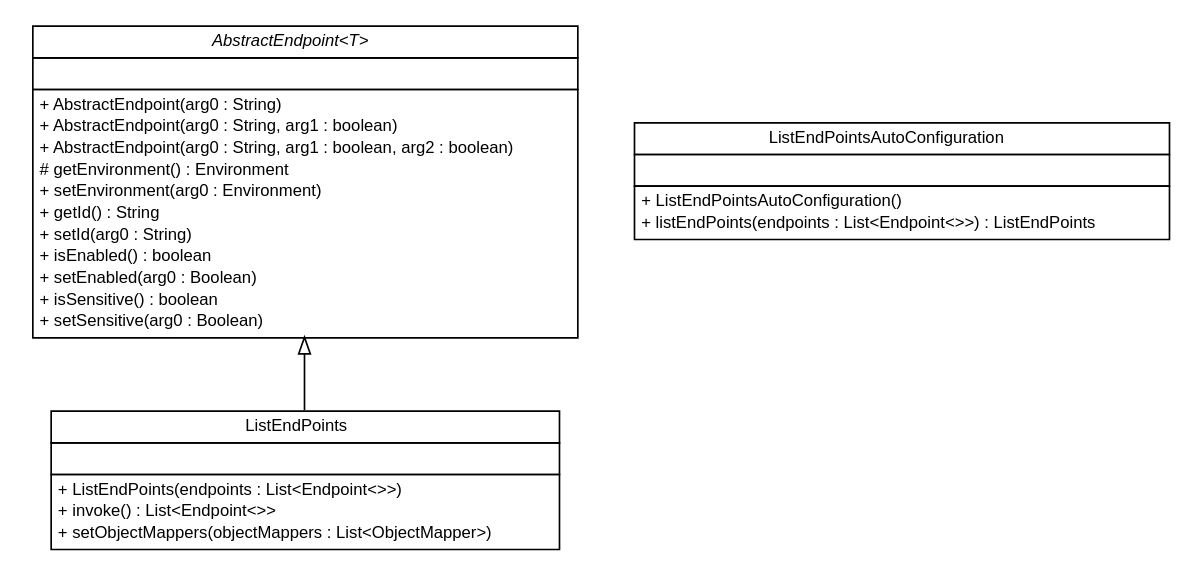
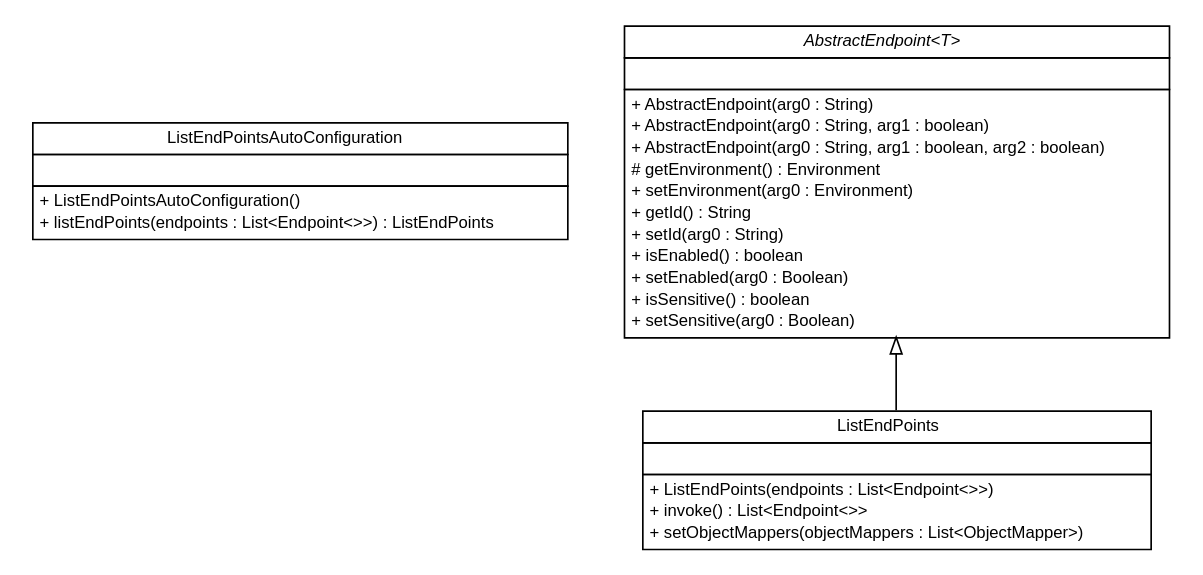
The diagram in release/build-docker/spring-cloud-service-discovery/spring-cloud-multi-registration/apidocs/org/springframework/boot/actuate/endpoint/org.springframework.boot.actuate.endpoint.dot (cloud-ready/cloud-ready), drawn with Graphviz before and after one commit. The commit also changed 85 other files, not shown here.

```diff
--- a/release/build-docker/spring-cloud-service-discovery/spring-cloud-multi-registration/apidocs/org/springframework/boot/actuate/endpoint/org.springframework.boot.actuate.endpoint.dot
+++ b/release/build-docker/spring-cloud-service-discovery/spring-cloud-multi-registration/apidocs/org/springframework/boot/actuate/endpoint/org.springframework.boot.actuate.endpoint.dot
@@ -1,63 +1,63 @@
 #!/usr/local/bin/dot
 #
 # Class diagram 
 # Generated by UMLGraph version R5_6-24-gf6e263 (http://www.umlgraph.org/)
 #
 
 digraph G {
 	edge [fontname="Helvetica",fontsize=10,labelfontname="Helvetica",labelfontsize=10];
 	node [fontname="Helvetica",fontsize=10,shape=plaintext];
 	nodesep=0.25;
 	ranksep=0.5;
+	// org.springframework.boot.actuate.endpoint.ListEndPointsAutoConfiguration
+	c19 [label=<<table title="org.springframework.boot.actuate.endpoint.ListEndPointsAutoConfiguration" border="0" cellborder="1" cellspacing="0" cellpadding="2" port="p" href="./ListEndPointsAutoConfiguration.html">
+		<tr><td><table border="0" cellspacing="0" cellpadding="1">
+<tr><td align="center" balign="center"> ListEndPointsAutoConfiguration </td></tr>
+		</table></td></tr>
+		<tr><td><table border="0" cellspacing="0" cellpadding="1">
+<tr><td align="left" balign="left">  </td></tr>
+		</table></td></tr>
+		<tr><td><table border="0" cellspacing="0" cellpadding="1">
+<tr><td align="left" balign="left"> + ListEndPointsAutoConfiguration() </td></tr>
+<tr><td align="left" balign="left"> + listEndPoints(endpoints : List&lt;Endpoint&lt;&gt;&gt;) : ListEndPoints </td></tr>
+		</table></td></tr>
+		</table>>, URL="./ListEndPointsAutoConfiguration.html", fontname="Helvetica", fontcolor="black", fontsize=10.0];
 	// org.springframework.boot.actuate.endpoint.ListEndPoints
-	c0 [label=<<table title="org.springframework.boot.actuate.endpoint.ListEndPoints" border="0" cellborder="1" cellspacing="0" cellpadding="2" port="p" href="./ListEndPoints.html">
+	c20 [label=<<table title="org.springframework.boot.actuate.endpoint.ListEndPoints" border="0" cellborder="1" cellspacing="0" cellpadding="2" port="p" href="./ListEndPoints.html">
 		<tr><td><table border="0" cellspacing="0" cellpadding="1">
 <tr><td align="center" balign="center"> ListEndPoints </td></tr>
 		</table></td></tr>
 		<tr><td><table border="0" cellspacing="0" cellpadding="1">
 <tr><td align="left" balign="left">  </td></tr>
 		</table></td></tr>
 		<tr><td><table border="0" cellspacing="0" cellpadding="1">
 <tr><td align="left" balign="left"> + ListEndPoints(endpoints : List&lt;Endpoint&lt;&gt;&gt;) </td></tr>
 <tr><td align="left" balign="left"> + invoke() : List&lt;Endpoint&lt;&gt;&gt; </td></tr>
 <tr><td align="left" balign="left"> + setObjectMappers(objectMappers : List&lt;ObjectMapper&gt;) </td></tr>
 		</table></td></tr>
 		</table>>, URL="./ListEndPoints.html", fontname="Helvetica", fontcolor="black", fontsize=10.0];
-	// org.springframework.boot.actuate.endpoint.ListEndPointsAutoConfiguration
-	c1 [label=<<table title="org.springframework.boot.actuate.endpoint.ListEndPointsAutoConfiguration" border="0" cellborder="1" cellspacing="0" cellpadding="2" port="p" href="./ListEndPointsAutoConfiguration.html">
-		<tr><td><table border="0" cellspacing="0" cellpadding="1">
-<tr><td align="center" balign="center"> ListEndPointsAutoConfiguration </td></tr>
-		</table></td></tr>
-		<tr><td><table border="0" cellspacing="0" cellpadding="1">
-<tr><td align="left" balign="left">  </td></tr>
-		</table></td></tr>
-		<tr><td><table border="0" cellspacing="0" cellpadding="1">
-<tr><td align="left" balign="left"> + ListEndPointsAutoConfiguration() </td></tr>
-<tr><td align="left" balign="left"> + listEndPoints(endpoints : List&lt;Endpoint&lt;&gt;&gt;) : ListEndPoints </td></tr>
-		</table></td></tr>
-		</table>>, URL="./ListEndPointsAutoConfiguration.html", fontname="Helvetica", fontcolor="black", fontsize=10.0];
 	//org.springframework.boot.actuate.endpoint.ListEndPoints extends org.springframework.boot.actuate.endpoint.AbstractEndpoint<java.util.List<org.springframework.boot.actuate.endpoint.Endpoint>>
-	c7:p -> c0:p [dir=back,arrowtail=empty];
+	c21:p -> c20:p [dir=back,arrowtail=empty];
 	// org.springframework.boot.actuate.endpoint.AbstractEndpoint<T>
-	c7 [label=<<table title="org.springframework.boot.actuate.endpoint.AbstractEndpoint" border="0" cellborder="1" cellspacing="0" cellpadding="2" port="p" href="http://java.sun.com/j2se/1.4.2/docs/api/org/springframework/boot/actuate/endpoint/AbstractEndpoint.html">
+	c21 [label=<<table title="org.springframework.boot.actuate.endpoint.AbstractEndpoint" border="0" cellborder="1" cellspacing="0" cellpadding="2" port="p" href="http://java.sun.com/j2se/1.4.2/docs/api/org/springframework/boot/actuate/endpoint/AbstractEndpoint.html">
 		<tr><td><table border="0" cellspacing="0" cellpadding="1">
 <tr><td align="center" balign="center"><font face="Helvetica-Oblique"> AbstractEndpoint&lt;T&gt; </font></td></tr>
 		</table></td></tr>
 		<tr><td><table border="0" cellspacing="0" cellpadding="1">
 <tr><td align="left" balign="left">  </td></tr>
 		</table></td></tr>
 		<tr><td><table border="0" cellspacing="0" cellpadding="1">
 <tr><td align="left" balign="left"> + AbstractEndpoint(arg0 : String) </td></tr>
 <tr><td align="left" balign="left"> + AbstractEndpoint(arg0 : String, arg1 : boolean) </td></tr>
 <tr><td align="left" balign="left"> + AbstractEndpoint(arg0 : String, arg1 : boolean, arg2 : boolean) </td></tr>
 <tr><td align="left" balign="left"> # getEnvironment() : Environment </td></tr>
 <tr><td align="left" balign="left"> + setEnvironment(arg0 : Environment) </td></tr>
 <tr><td align="left" balign="left"> + getId() : String </td></tr>
 <tr><td align="left" balign="left"> + setId(arg0 : String) </td></tr>
 <tr><td align="left" balign="left"> + isEnabled() : boolean </td></tr>
 <tr><td align="left" balign="left"> + setEnabled(arg0 : Boolean) </td></tr>
 <tr><td align="left" balign="left"> + isSensitive() : boolean </td></tr>
 <tr><td align="left" balign="left"> + setSensitive(arg0 : Boolean) </td></tr>
 		</table></td></tr>
 		</table>>, URL="http://java.sun.com/j2se/1.4.2/docs/api/org/springframework/boot/actuate/endpoint/AbstractEndpoint.html", fontname="Helvetica", fontcolor="black", fontsize=10.0];
 }
```
